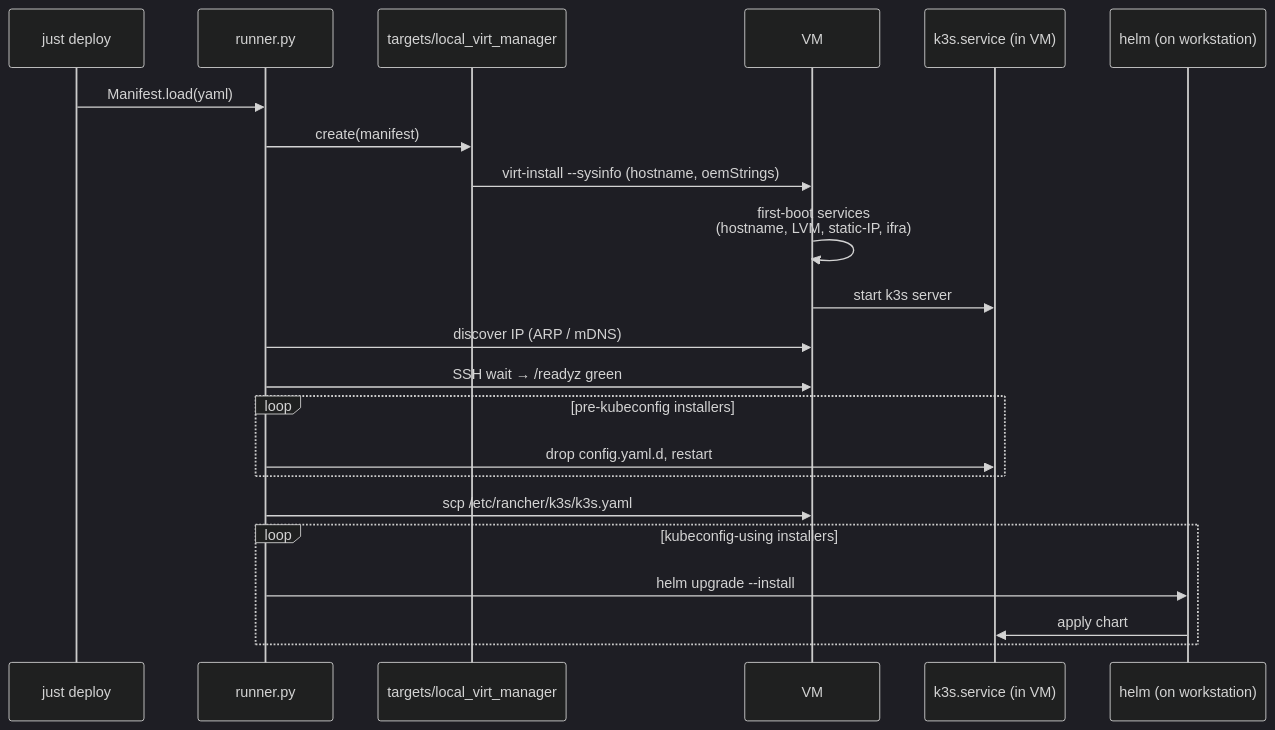
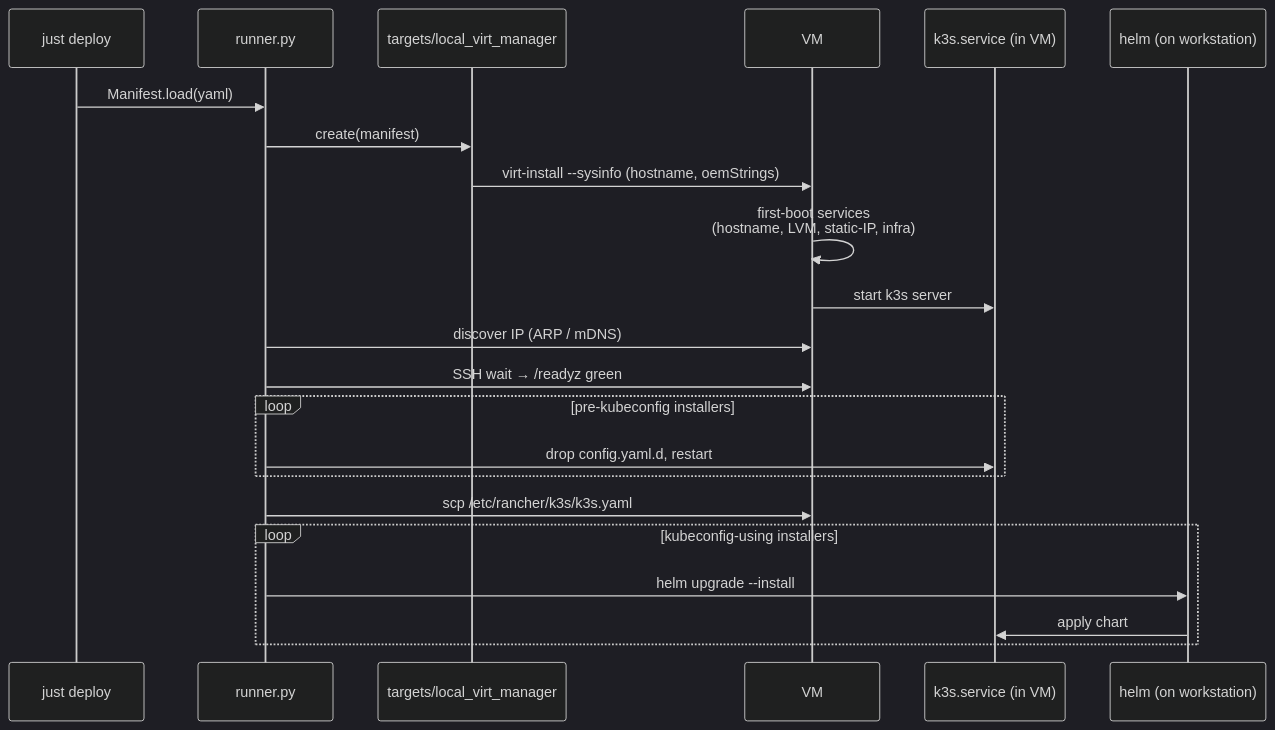
The second of 3 diagrams in docs/k3s-rancher-vms.md (dx4homelab/server4home), drawn with Mermaid (dark theme) before and after one commit. The commit also changed other lines of this file and 14 other files, not shown here.

Commit message:
upgrade2image and fixing IFRA -> INFRA

````diff
--- a/docs/k3s-rancher-vms.md
+++ b/docs/k3s-rancher-vms.md
@@ -155,25 +155,25 @@
 ```mermaid
 sequenceDiagram
     participant CLI as just deploy
     participant Runner as runner.py
     participant Target as targets/local_virt_manager
     participant VM
     participant K3s as k3s.service (in VM)
     participant Helm as helm (on workstation)
 
     CLI->>Runner: Manifest.load(yaml)
     Runner->>Target: create(manifest)
     Target->>VM: virt-install --sysinfo (hostname, oemStrings)
-    VM->>VM: first-boot services<br/>(hostname, LVM, static-IP, ifra)
+    VM->>VM: first-boot services<br/>(hostname, LVM, static-IP, infra)
     VM->>K3s: start k3s server
     Runner->>VM: discover IP (ARP / mDNS)
     Runner->>VM: SSH wait → /readyz green
     loop pre-kubeconfig installers
         Runner->>K3s: drop config.yaml.d, restart
     end
     Runner->>VM: scp /etc/rancher/k3s/k3s.yaml
     loop kubeconfig-using installers
         Runner->>Helm: helm upgrade --install
         Helm->>K3s: apply chart
     end
 ```
````
